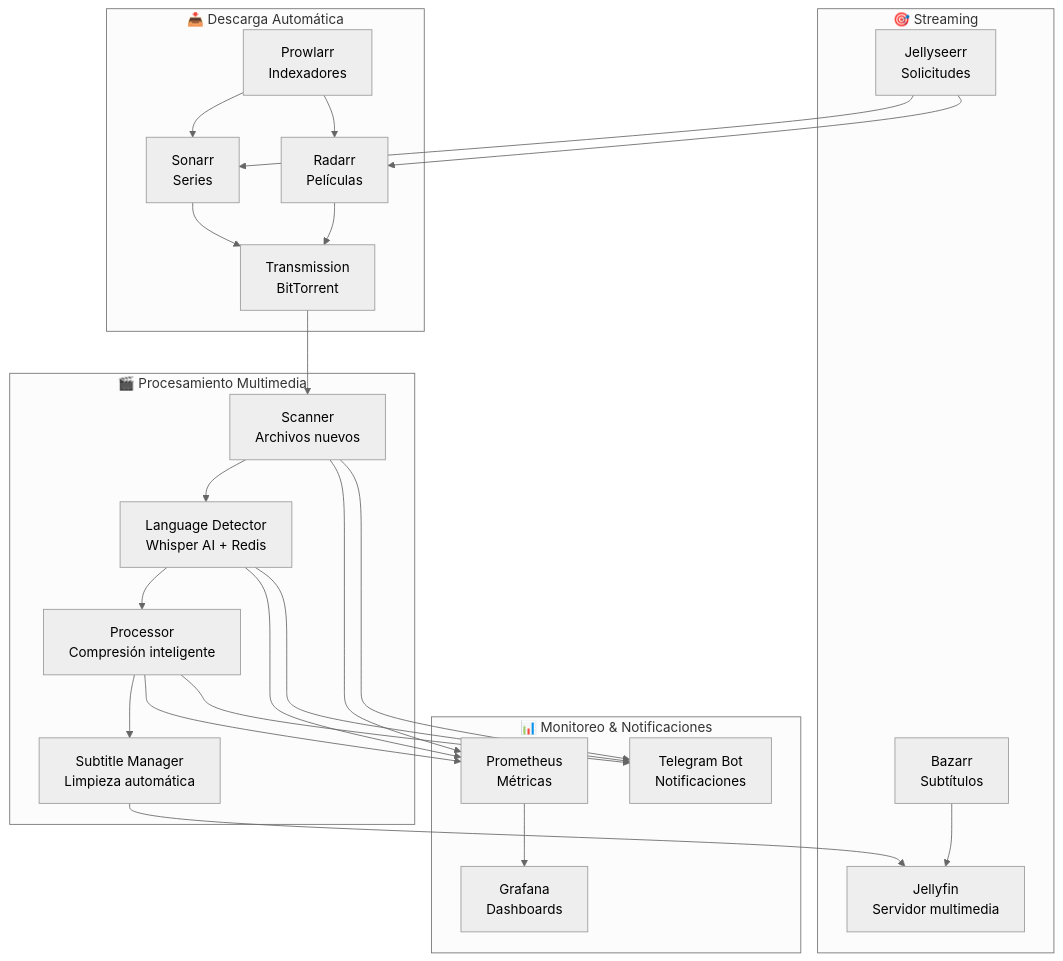
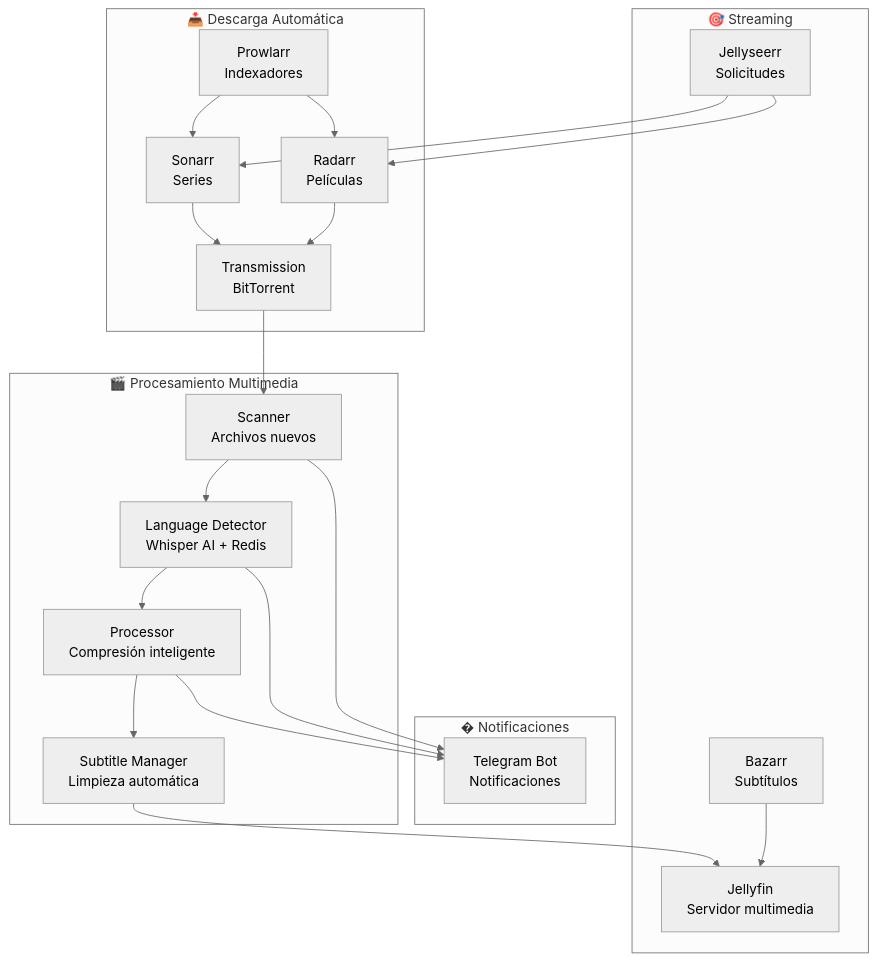
Before and after one commit to CristianTafur249/sonarrConf: the diagram in README.md, drawn with Mermaid (neutral theme). The commit also changed other lines of this file and 14 other files, not shown here.

````diff
--- a/README.md
+++ b/README.md
@@ -25,52 +25,45 @@
 ```mermaid
 graph TB
     subgraph "📥 Descarga Automática"
         SONARR[Sonarr<br/>Series]
         RADARR[Radarr<br/>Películas]
         PROWLARR[Prowlarr<br/>Indexadores]
         TRANSMISSION[Transmission<br/>BitTorrent]
     end
 
     subgraph "🎬 Procesamiento Multimedia"
         SCANNER[Scanner<br/>Archivos nuevos]
         LANGUAGE[Language Detector<br/>Whisper AI + Redis]
         PROCESSOR[Processor<br/>Compresión inteligente]
         SUBTITLE[Subtitle Manager<br/>Limpieza automática]
     end
 
-    subgraph "📊 Monitoreo & Notificaciones"
-        PROMETHEUS[Prometheus<br/>Métricas]
-        GRAFANA[Grafana<br/>Dashboards]
+    subgraph "� Notificaciones"
         TELEGRAM[Telegram Bot<br/>Notificaciones]
     end
 
     subgraph "🎯 Streaming"
         JELLYFIN[Jellyfin<br/>Servidor multimedia]
         JELLYSEERR[Jellyseerr<br/>Solicitudes]
         BAZARR[Bazarr<br/>Subtítulos]
     end
 
     SONARR --> TRANSMISSION
     RADARR --> TRANSMISSION
     PROWLARR --> SONARR
     PROWLARR --> RADARR
 
     TRANSMISSION --> SCANNER
     SCANNER --> LANGUAGE
     LANGUAGE --> PROCESSOR
     PROCESSOR --> SUBTITLE
     SUBTITLE --> JELLYFIN
 
-    SCANNER --> PROMETHEUS
-    LANGUAGE --> PROMETHEUS
-    PROCESSOR --> PROMETHEUS
-
-    PROMETHEUS --> GRAFANA
     SCANNER --> TELEGRAM
     LANGUAGE --> TELEGRAM
     PROCESSOR --> TELEGRAM
 
     JELLYSEERR --> SONARR
     JELLYSEERR --> RADARR
     BAZARR --> JELLYFIN
 ```
````
